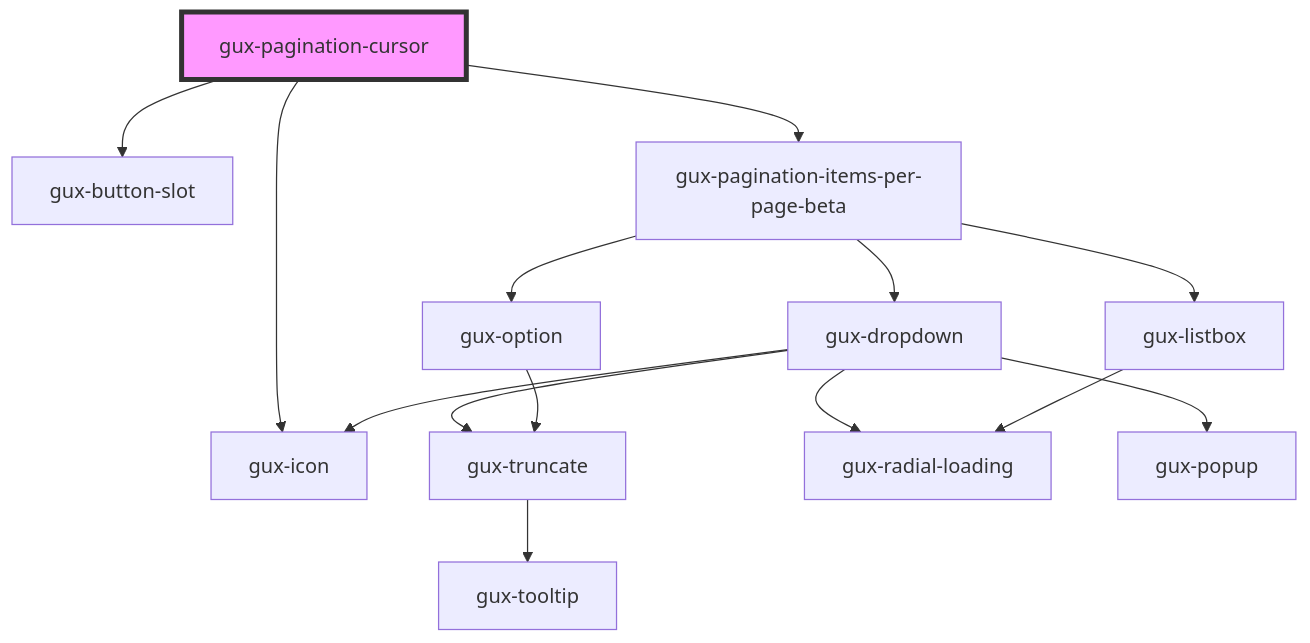
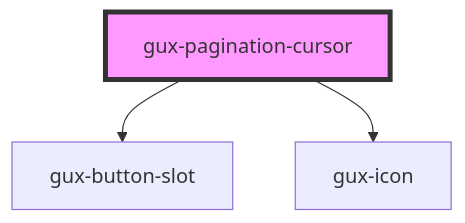
One commit to MyPureCloud/genesys-spark changed the diagram in packages/genesys-spark-components/src/components/stable/gux-pagination-cursor/readme.md. Above: the diagram before and after it, drawn with Mermaid. The commit also changed other lines of this file and 93 other files, not shown here.

First line of the commit message:
refactor(pagination-beta): move from beta to stable

````diff
--- a/packages/genesys-spark-components/src/components/stable/gux-pagination-cursor/readme.md
+++ b/packages/genesys-spark-components/src/components/stable/gux-pagination-cursor/readme.md
@@ -35,17 +34,6 @@
 ```mermaid
 graph TD;
   gux-pagination-cursor --> gux-button-slot
   gux-pagination-cursor --> gux-icon
-  gux-pagination-cursor --> gux-pagination-items-per-page-beta
-  gux-pagination-items-per-page-beta --> gux-dropdown
-  gux-pagination-items-per-page-beta --> gux-listbox
-  gux-pagination-items-per-page-beta --> gux-option
-  gux-dropdown --> gux-truncate
-  gux-dropdown --> gux-icon
-  gux-dropdown --> gux-radial-loading
-  gux-dropdown --> gux-popup
-  gux-truncate --> gux-tooltip
-  gux-listbox --> gux-radial-loading
-  gux-option --> gux-truncate
   style gux-pagination-cursor fill:#f9f,stroke:#333,stroke-width:4px
 ```
````
